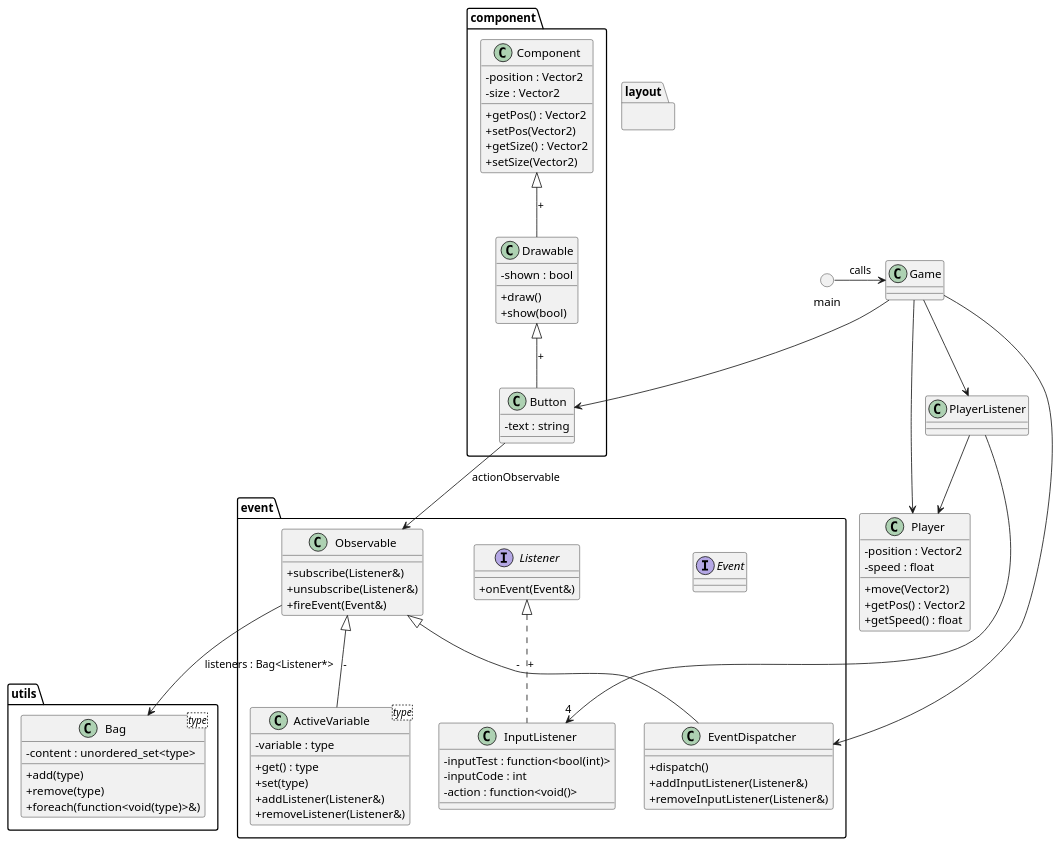
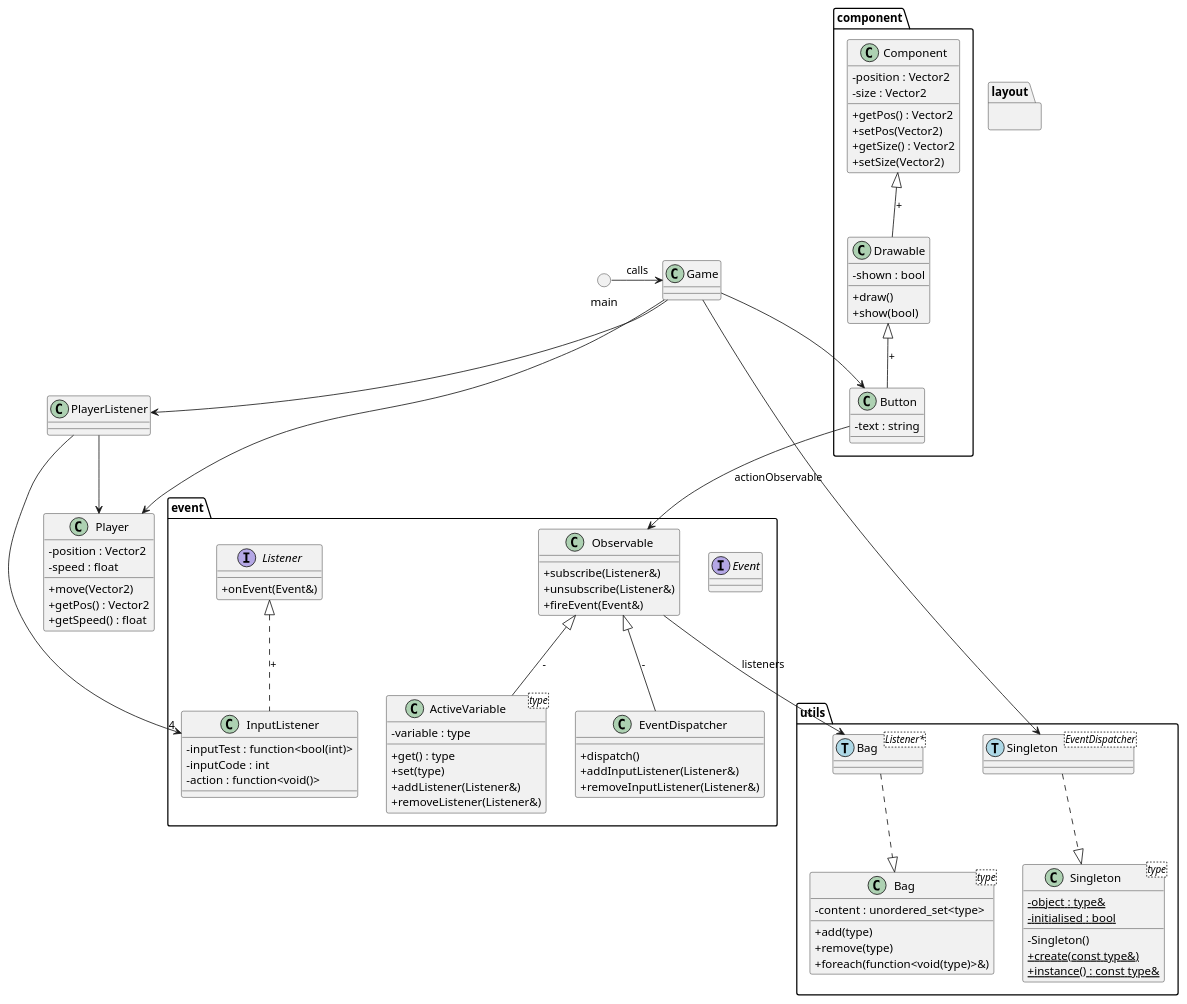
Before and after one commit to julesdupuis/CPP-UI-toolkit: the diagram in project.puml, drawn with PlantUML. The commit also changed 10 other files, not shown here.

Commit message:
added Singleton to gain global access to the EventDispatcher

```diff
--- a/project.puml
+++ b/project.puml
@@ -1,99 +1,112 @@
 @startuml project
 
 skinparam classAttributeIconSize 0
 
 () main
 class Game{
 
 }
 class Player{
     -position : Vector2
     -speed : float
     +move(Vector2)
     +getPos() : Vector2
     +getSpeed() : float
 }
 class PlayerListener{
 
 }
 
 main -> Game : calls
 Game --> Player
 Game --> PlayerListener
 
 package utils{
     class Bag<type>{
         -content : unordered_set<type>
         +add(type)
         +remove(type)
         +foreach(function<void(type)>&)
     }
+    class "Bag<Listener*>" as BagListener <<(T,LightBlue)>>
+
+    class Singleton<type>{
+        {static} -object : type&
+        {static} -initialised : bool
+        -Singleton()
+        {static} +create(const type&)
+        {static} +instance() : const type&
+    }
+    class "Singleton<EventDispatcher>" as SingletonEventDispatcher <<(T,LightBlue)>>
 }
+
+BagListener ..|> Bag
+SingletonEventDispatcher ..|> Singleton
 
 package event{
     interface Event
     interface Listener{
         +onEvent(Event&)
     }
     class Observable{
         +subscribe(Listener&)
         +unsubscribe(Listener&)
         +fireEvent(Event&)
     }
     class InputListener{
         {field} -inputTest : function<bool(int)>
         -inputCode : int
         {field} -action : function<void()>
     }
     class EventDispatcher{
         +dispatch()
         +addInputListener(Listener&)
         +removeInputListener(Listener&)
     }
     class ActiveVariable<type>{
         -variable : type
         +get() : type
         +set(type)
         +addListener(Listener&)
         +removeListener(Listener&)
     }
 }
 
 Listener <|.. InputListener : +
 Observable <|-- EventDispatcher : -
 Observable <|-- ActiveVariable : -
-Observable --> Bag : listeners : Bag<Listener*>
+Observable --> BagListener : listeners
 
 package component{
     class Component{
         -position : Vector2
         -size : Vector2
         +getPos() : Vector2
         +setPos(Vector2)
         +getSize() : Vector2
         +setSize(Vector2)
     }
     class Drawable{
         -shown : bool
         +draw()
         +show(bool)
     }
     class Button{
         -text : string
     }
 }
 
 Component <|-- Drawable : +
 Drawable <|-- Button : +
 Button --> Observable : actionObservable
 
 package layout{
 
 }
 
 PlayerListener --> "4" InputListener
 PlayerListener --> Player
-Game --> EventDispatcher
+Game --> SingletonEventDispatcher
 Game --> Button
 
 @enduml
```
